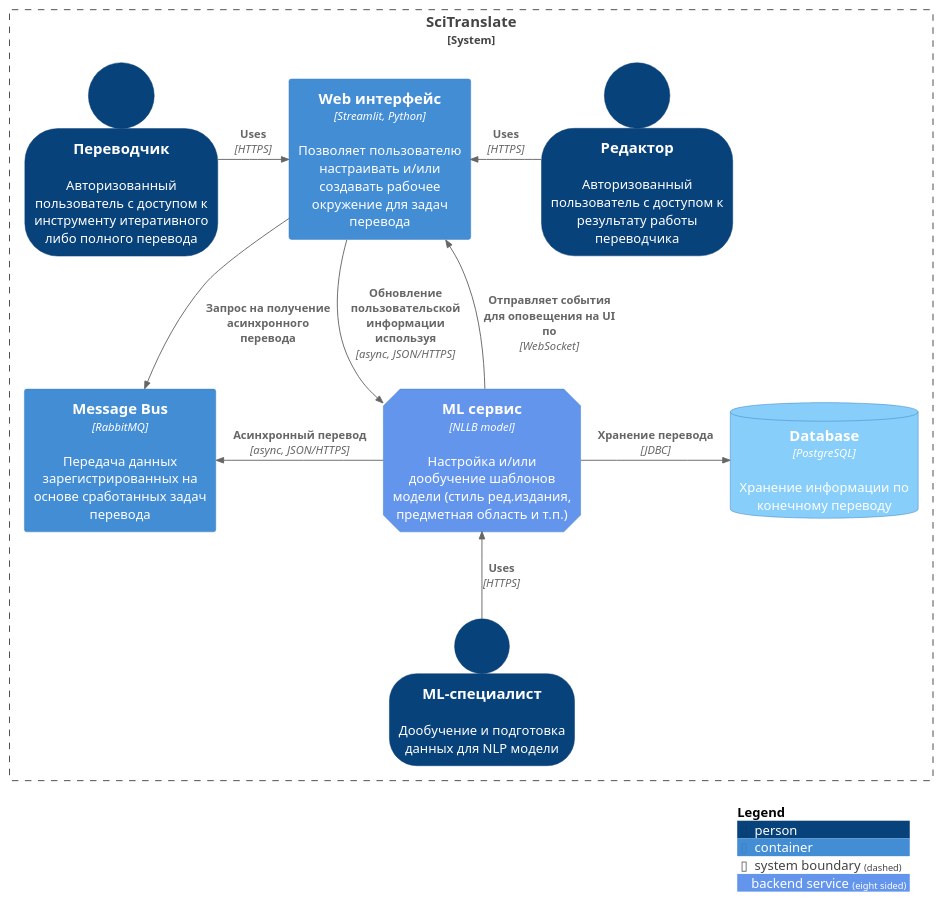
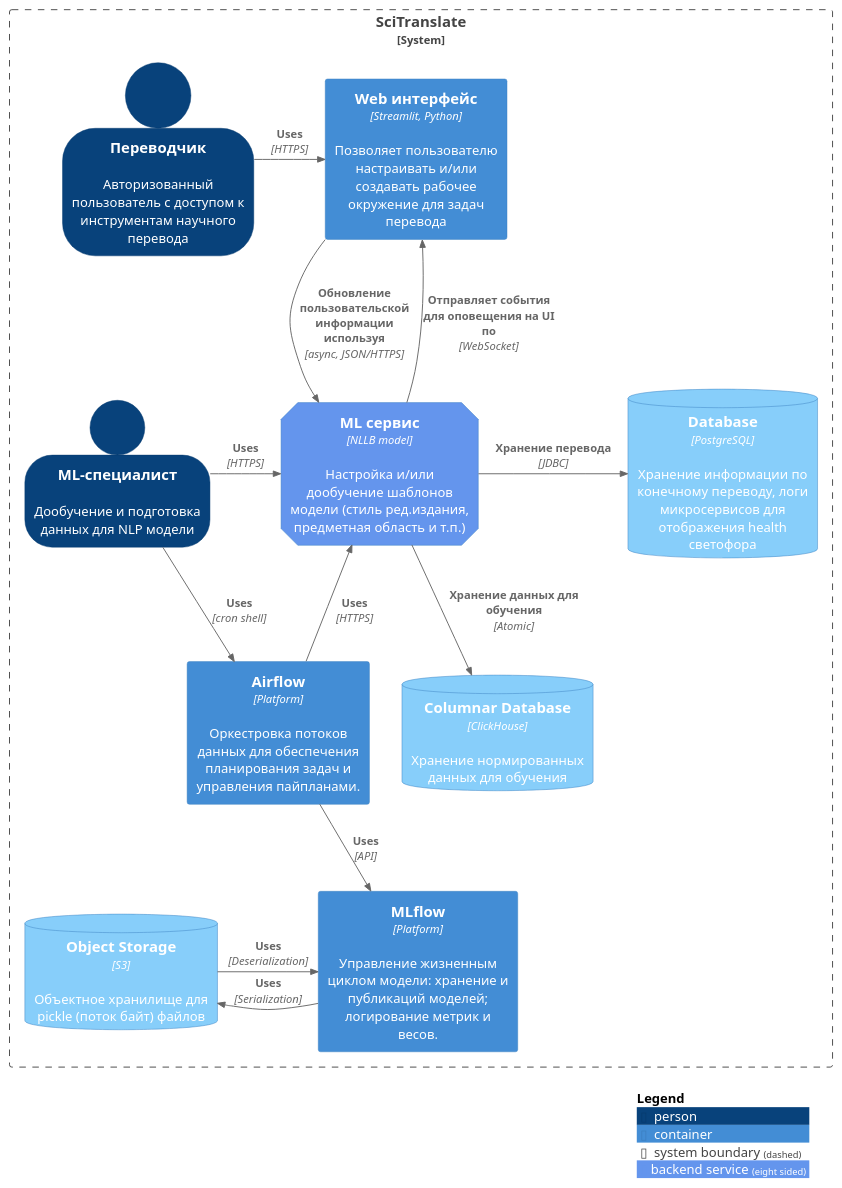
Before and after one commit to Ekaterina-Sinkova/SciTranslate: the diagram in designdoc/UML/C4-Container-SciTranslate.puml, drawn with PlantUML.

Commit message:
designdoc: update Container diagram (ClickHouse, S3, MLflow, Airflow etc)

```diff
--- a/designdoc/UML/C4-Container-SciTranslate.puml
+++ b/designdoc/UML/C4-Container-SciTranslate.puml
@@ -1,36 +1,40 @@
 @startuml
 !include https://raw.githubusercontent.com/plantuml-stdlib/C4-PlantUML/master/C4_Context.puml
 !include https://raw.githubusercontent.com/plantuml-stdlib/C4-PlantUML/master/C4_Container.puml
 
 SHOW_PERSON_OUTLINE()
 AddElementTag("BackendService", $shape=EightSidedShape(), $bgColor="CornflowerBlue", $fontColor="white", $legendText="backend service\neight sided")
 AddElementTag("Storage", $shape=RoundedBoxShape(), $bgColor="lightSkyBlue", $fontColor="white")
 
 System_Boundary(c2, "SciTranslate") {
     Container(webUI, "Web интерфейс", "Streamlit, Python", "Позволяет пользователю настраивать и/или создавать рабочее окружение для задач перевода")
     Container(nllbmodel, "ML сервис", "NLLB model", "Настройка и/или дообучение шаблонов модели (стиль ред.издания, предметная область и т.п.)", $tags = "BackendService")
-    Container(messagebus, "Message Bus", "RabbitMQ", "Передача данных зарегистрированных на основе сработанных задач перевода")
-    Person(translator, "Переводчик", "Авторизованный пользователь с доступом к инструменту итеративного либо полного перевода")
-    Person(editortranslator, "Редактор", "Авторизованный пользователь с доступом к результату работы переводчика")
+    Container(mlflow, "MLflow", "Platform", "Управление жизненным циклом модели: хранение и публикаций моделей; логирование метрик и весов.")
+    Person(translator, "Переводчик", "Авторизованный пользователь с доступом к инструментам научного перевода")
     Person(datascientist, "ML-специалист", "Дообучение и подготовка данных для NLP модели")
-    ContainerDb(customer_db, "Database", "PostgreSQL", "Хранение информации по конечному переводу", $tags = "storage")
+    ContainerDb(customer_db, "Database", "PostgreSQL", "Хранение информации по конечному переводу, логи микросервисов для отображения health светофора", $tags = "storage")
+    ContainerDb(s3, "Object Storage", "S3", "Объектное хранилище для pickle (поток байт) файлов", $tags = "storage")
+    ContainerDb(click, "Columnar Database", "ClickHouse", "Хранение нормированных данных для обучения", $tags = "storage")
+    Container(airflow, "Airflow", "Platform", "Оркестровка потоков данных для обеспечения планирования задач и управления пайпланами.")
 }
 
 
 Rel_R(translator, webUI, "Uses", "HTTPS")
-Rel_L(editortranslator, webUI, "Uses", "HTTPS")
-Rel_U(datascientist, nllbmodel, "Uses", "HTTPS")
+Rel_R(datascientist, airflow, "Uses", "cron shell")
+Rel_R(datascientist, nllbmodel, "Uses", "HTTPS")
+Rel_U(airflow, nllbmodel, "Uses", "HTTPS")
+Rel_D(airflow, mlflow, "Uses", "API")
+Rel_L(mlflow, s3, "Uses", "Serialization")
+Rel_L(s3, mlflow, "Uses", "Deserialization")
+Rel_D(nllbmodel, click, "Хранение данных для обучения", "Atomic")
 
 
 Rel_D(nllbmodel, webUI, "Отправляет события для оповещения на UI по", "WebSocket")
 Rel_D(webUI, nllbmodel, "Обновление пользовательской информации используя", "async, JSON/HTTPS")
+Rel_R(nllbmodel, customer_db, "Хранение перевода", "JDBC")
 
 
-Rel_L(nllbmodel, messagebus, "Асинхронный перевод", "async, JSON/HTTPS")
-Rel_R(nllbmodel, customer_db, "Хранение перевода", "JDBC")
-
-Rel_D(webUI, messagebus, "Запрос на получение асинхронного перевода")
 
 
 SHOW_LEGEND()
 @enduml
```
